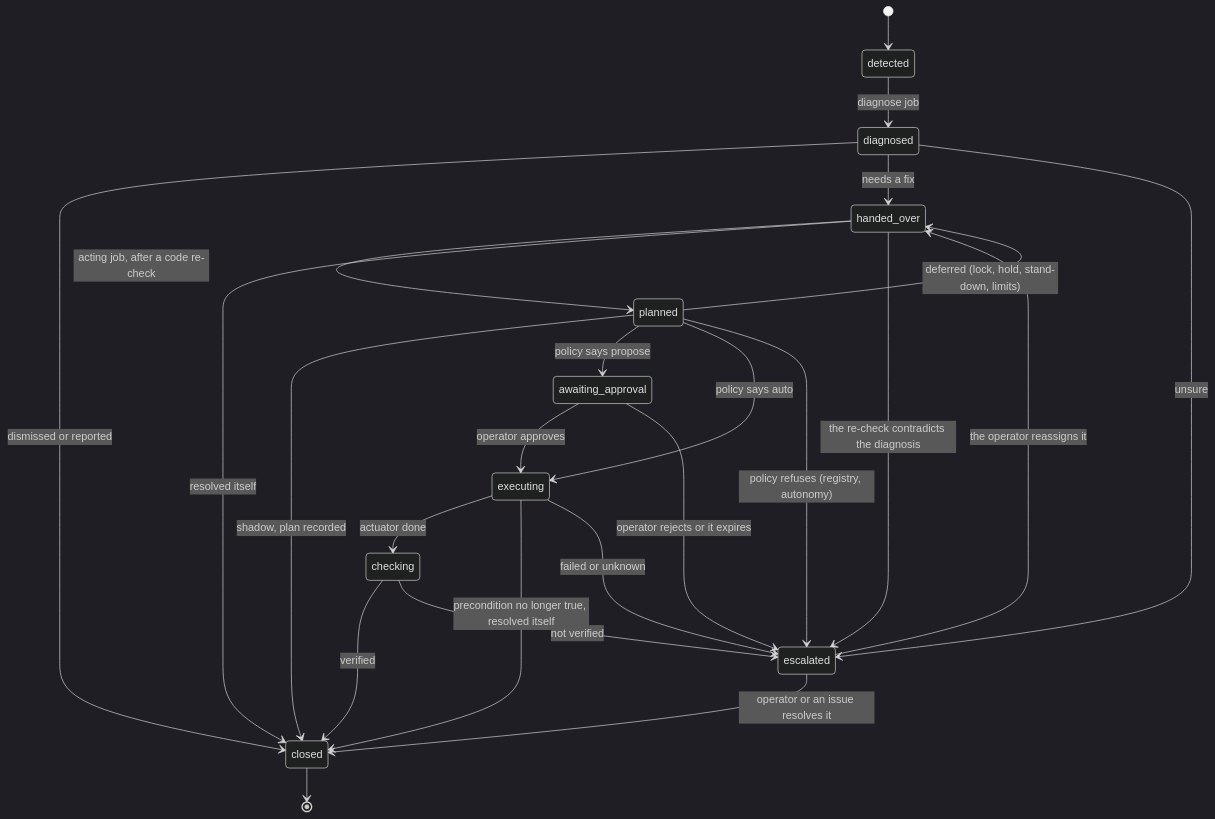
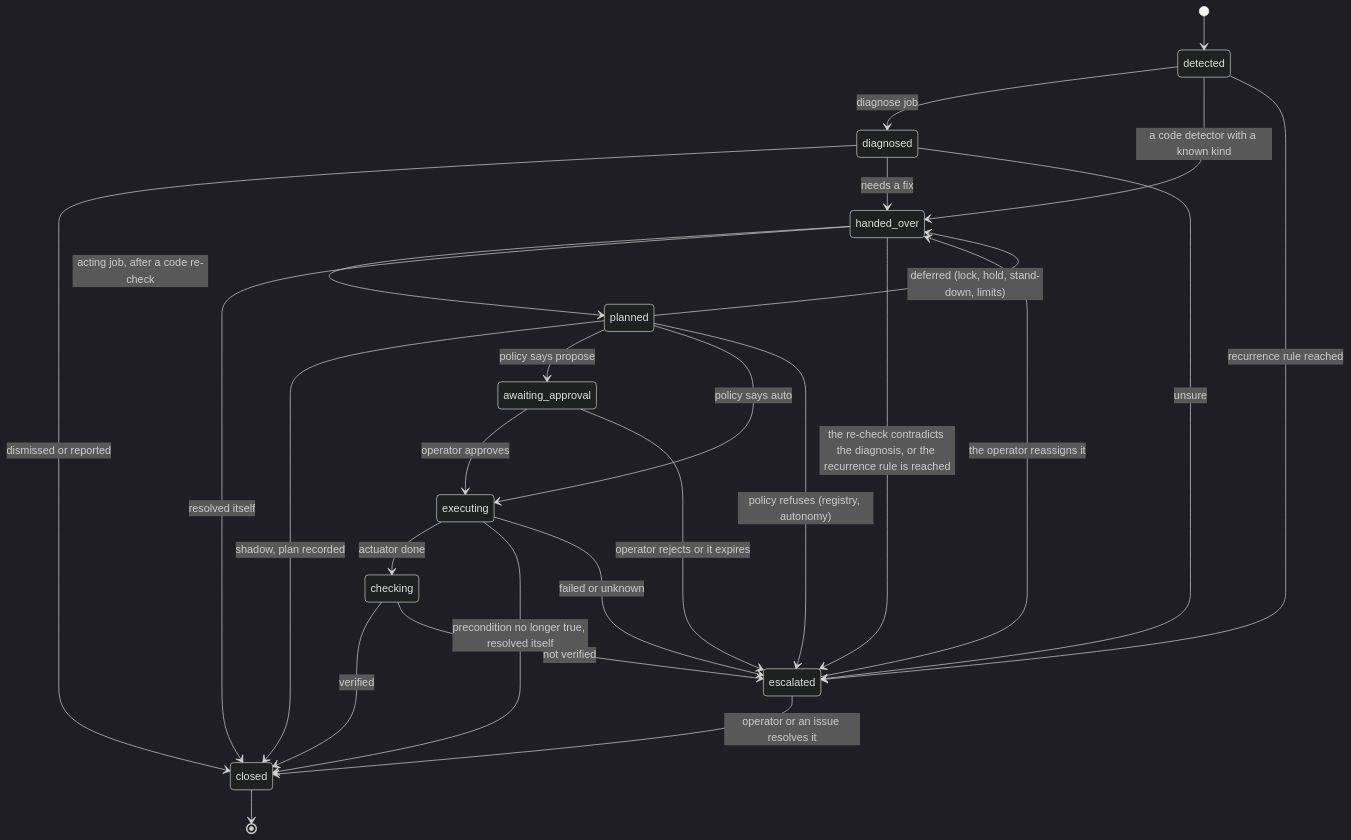
One commit to chipi/flotilla changed the second of 7 diagrams in docs/rfc/RFC-0004-agent-pipeline.md. Above: the diagram before and after it, drawn with Mermaid (dark theme). The commit also changed other lines of this file, not shown here.

````diff
--- a/docs/rfc/RFC-0004-agent-pipeline.md
+++ b/docs/rfc/RFC-0004-agent-pipeline.md
@@ -201,26 +202,28 @@
 ```mermaid
 stateDiagram-v2
     [*] --> detected
     detected --> diagnosed: diagnose job
+    detected --> handed_over: a code detector with a known kind
+    detected --> escalated: recurrence rule reached
     diagnosed --> closed: dismissed or reported
     diagnosed --> handed_over: needs a fix
     diagnosed --> escalated: unsure
     handed_over --> planned: acting job, after a code re-check
     handed_over --> closed: resolved itself
     planned --> closed: shadow, plan recorded
     planned --> awaiting_approval: policy says propose
     planned --> executing: policy says auto
     planned --> handed_over: deferred (lock, hold, stand-down, limits)
     planned --> escalated: policy refuses (registry, autonomy)
     awaiting_approval --> executing: operator approves
     awaiting_approval --> escalated: operator rejects or it expires
     executing --> checking: actuator done
     executing --> closed: precondition no longer true, resolved itself
     executing --> escalated: failed or unknown
     checking --> closed: verified
     checking --> escalated: not verified
-    handed_over --> escalated: the re-check contradicts the diagnosis
+    handed_over --> escalated: the re-check contradicts the diagnosis, or the recurrence rule is reached
     escalated --> handed_over: the operator reassigns it
     escalated --> closed: operator or an issue resolves it
     closed --> [*]
 ```
````
